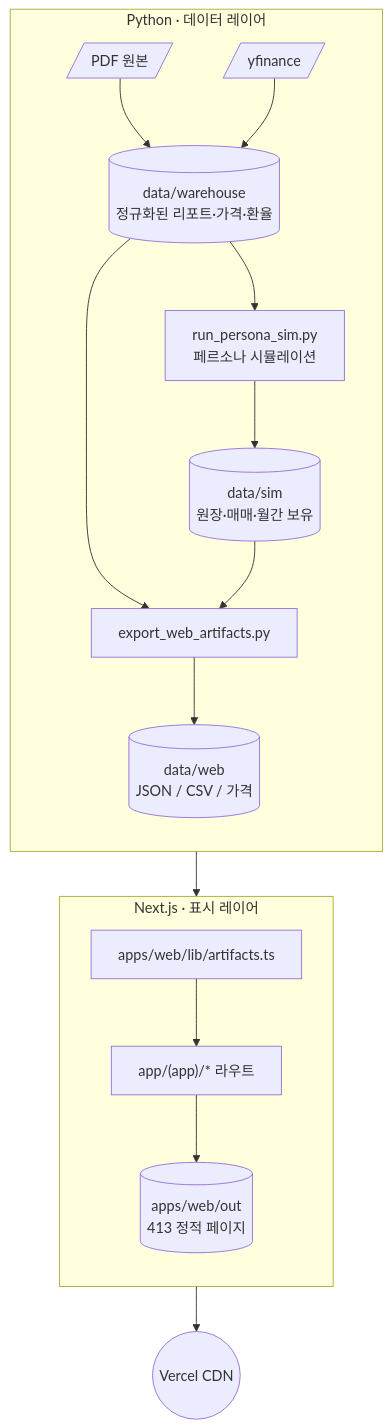
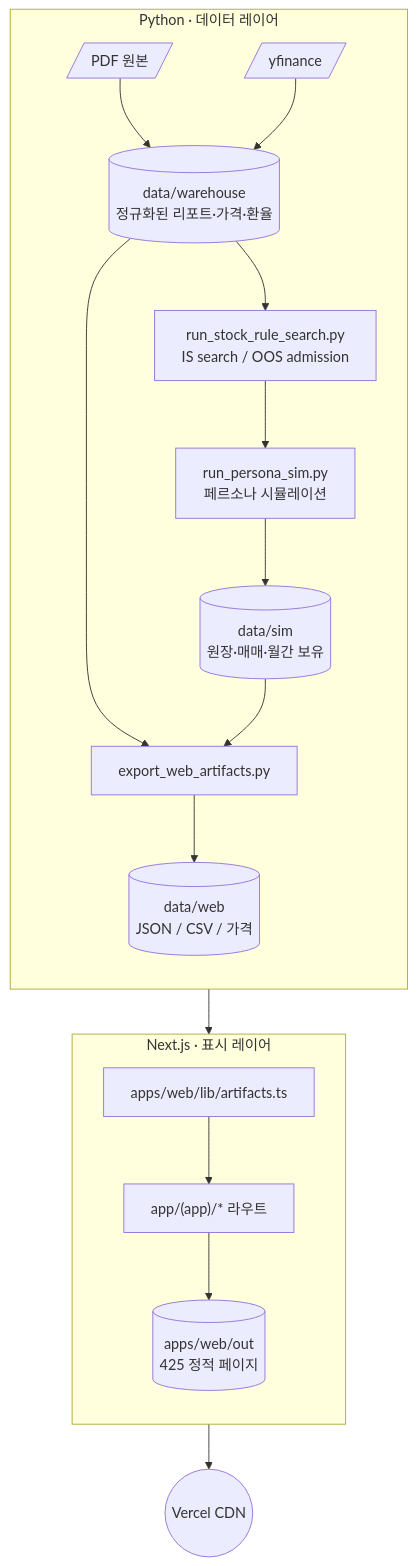
Before and after one commit to choiinyeol/snusmic-portfolio-lab: the third of 3 diagrams in README.md, drawn with Mermaid. The commit also changed other lines of this file and 59 other files, not shown here.

First line of the commit message:
Admit stock-level rules through strict OOS evidence

````diff
--- a/README.md
+++ b/README.md
@@ -64,20 +64,21 @@
 ```mermaid
 flowchart TB
   subgraph py["Python · 데이터 레이어"]
     direction TB
     PDF[/PDF 원본/] --> Warehouse[(data/warehouse<br/>정규화된 리포트·가격·환율)]
     YF[/yfinance/] --> Warehouse
-    Warehouse --> Sim[run_persona_sim.py<br/>페르소나 시뮬레이션]
+    Warehouse --> Rules[run_stock_rule_search.py<br/>IS search / OOS admission]
+    Rules --> Sim[run_persona_sim.py<br/>페르소나 시뮬레이션]
     Sim --> SimOut[(data/sim<br/>원장·매매·월간 보유)]
     Warehouse --> Export[export_web_artifacts.py]
     SimOut --> Export
     Export --> WebData[(data/web<br/>JSON / CSV / 가격)]
   end
   subgraph next["Next.js · 표시 레이어"]
     direction TB
     WebData --> Reader[apps/web/lib/artifacts.ts]
     Reader --> Pages["app/(app)/* 라우트"]
-    Pages --> StaticOut[(apps/web/out<br/>413 정적 페이지)]
+    Pages --> StaticOut[(apps/web/out<br/>425 정적 페이지)]
   end
   StaticOut --> Vercel((Vercel CDN))
 ```
````
